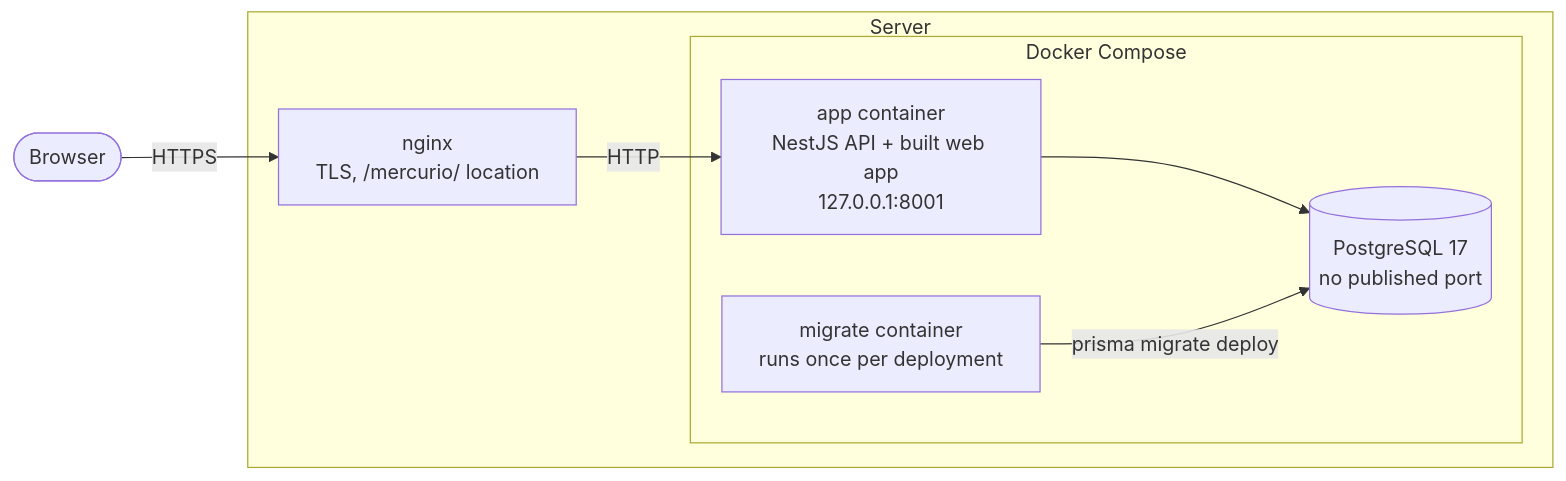
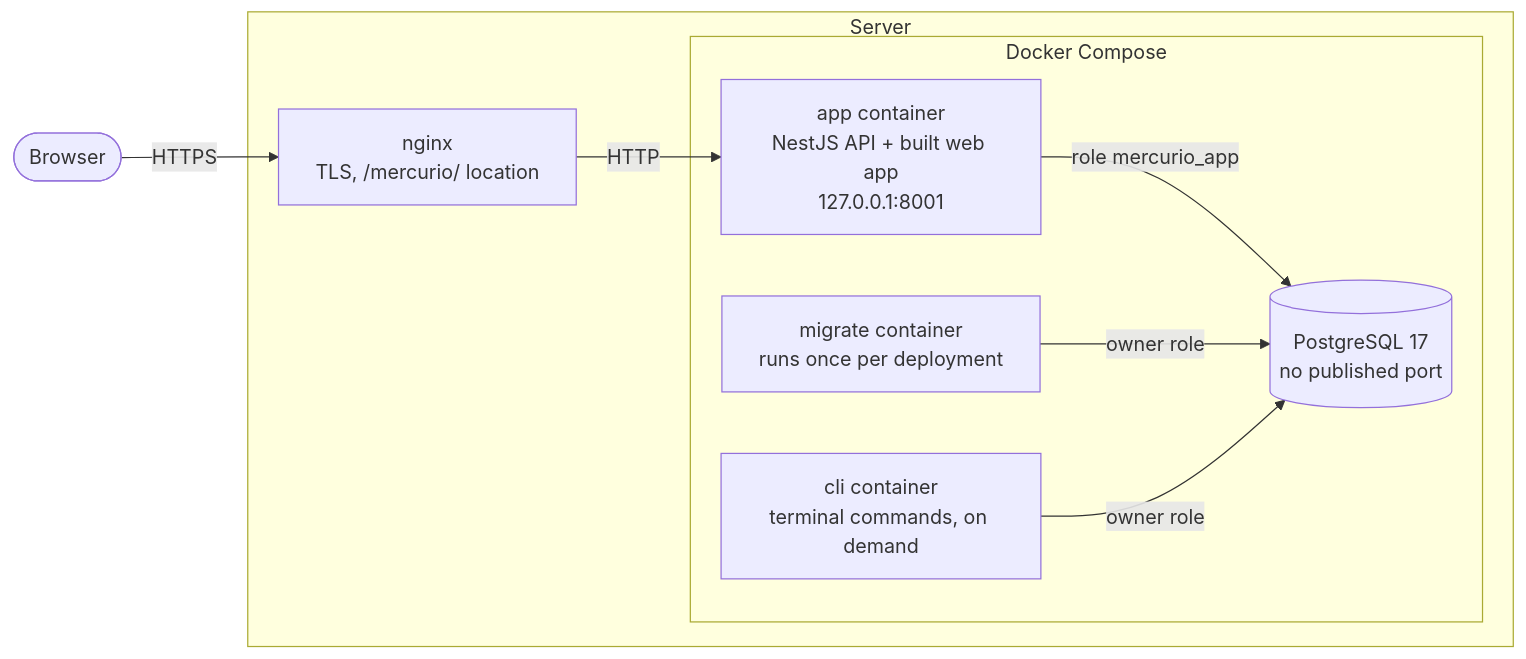
The first of 5 diagrams in docs/architecture.md (MicheleG14/mercurio), drawn with Mermaid before and after one commit. The commit also changed other lines of this file and 11 other files, not shown here.

````diff
--- a/docs/architecture.md
+++ b/docs/architecture.md
@@ -12,19 +12,21 @@
 ```mermaid
 flowchart LR
     browser([Browser])
 
     subgraph host[Server]
         nginx[nginx<br/>TLS, /mercurio/ location]
 
         subgraph compose[Docker Compose]
             app[app container<br/>NestJS API + built web app<br/>127.0.0.1:8001]
             migrate[migrate container<br/>runs once per deployment]
+            cli[cli container<br/>terminal commands, on demand]
             db[(PostgreSQL 17<br/>no published port)]
         end
     end
 
     browser -- HTTPS --> nginx
     nginx -- HTTP --> app
-    app --> db
-    migrate -- prisma migrate deploy --> db
+    app -- role mercurio_app --> db
+    migrate -- owner role --> db
+    cli -- owner role --> db
 ```
````
